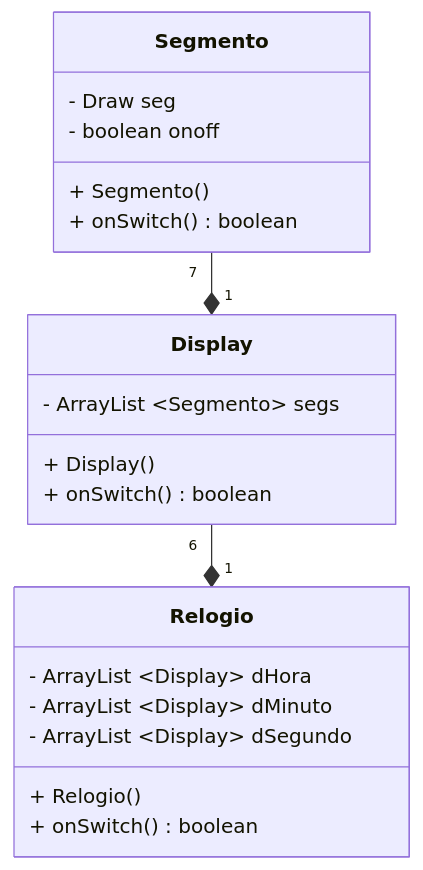
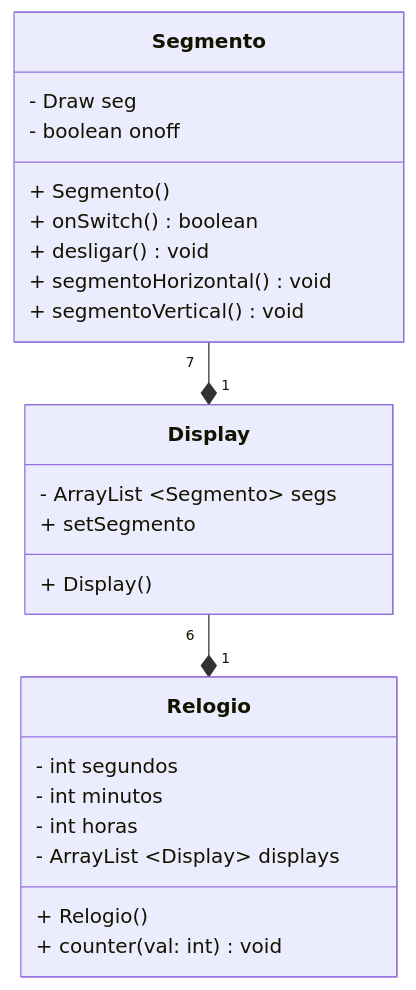
One commit to Aluno55/POO changed the diagram in lab-05/ex1/app/bin/main/engtelecom/poo/README.md. Above: the diagram before and after it, drawn with Mermaid. The commit also changed other lines of this file and 7 other files, not shown here.

````diff
--- a/lab-05/ex1/app/bin/main/engtelecom/poo/README.md
+++ b/lab-05/ex1/app/bin/main/engtelecom/poo/README.md
@@ -1,23 +1,27 @@
 ```mermaid
 classDiagram
     class Relogio{
         + Relogio ()
-        - ArrayList ~Display~ dHora
-        - ArrayList ~Display~ dMinuto
-        - ArrayList ~Display~ dSegundo
-        + onSwitch () boolean
+        + counter (val: int) void 
+        - int segundos
+        - int minutos
+        - int horas
+        - ArrayList ~Display~ displays
     }
     class Display{
         + Display ()
         - ArrayList ~Segmento~ segs
-        + onSwitch () boolean
+        + setSegmento 
     }
     class Segmento{
         - Draw seg
         - boolean onoff
         + Segmento ()
         + onSwitch () boolean
+        + desligar () void
+        + segmentoHorizontal () void
+        + segmentoVertical () void
     }
     Display "6"--*"1" Relogio
     Segmento "7"--*"1" Display
 ```
````
